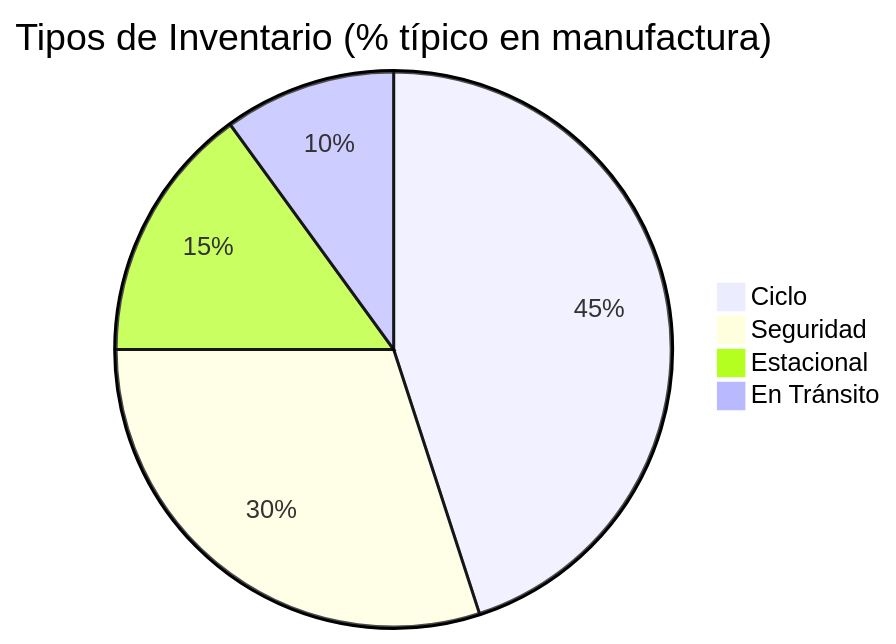
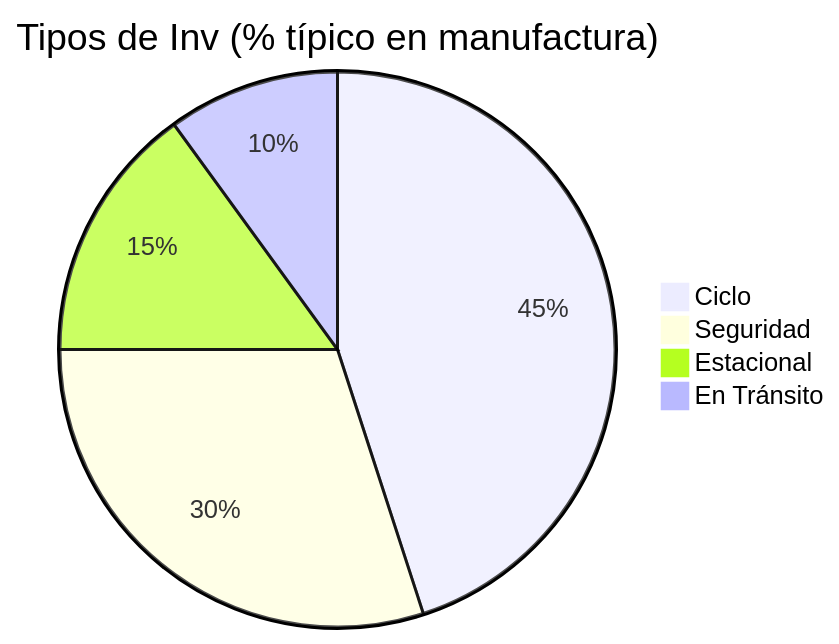
One commit to FCamaggi/xr-wiki changed the second of 3 diagrams in public/content/clases/3-resumen-inventarios-deterministicos-2025.03.18.md. Above: the diagram before and after it, drawn with Mermaid. The commit also changed other lines of this file and 8 other files, not shown here.

````diff
--- a/public/content/clases/3-resumen-inventarios-deterministicos-2025.03.18.md
+++ b/public/content/clases/3-resumen-inventarios-deterministicos-2025.03.18.md
@@ -46,8 +46,8 @@
 ```mermaid
 pie
-    title Tipos de Inventario (% típico en manufactura)
+    title Tipos de Inv (% típico en manufactura)
     "Ciclo" : 45
     "Seguridad" : 30
     "Estacional" : 15
     "En Tránsito" : 10
 ```
````
